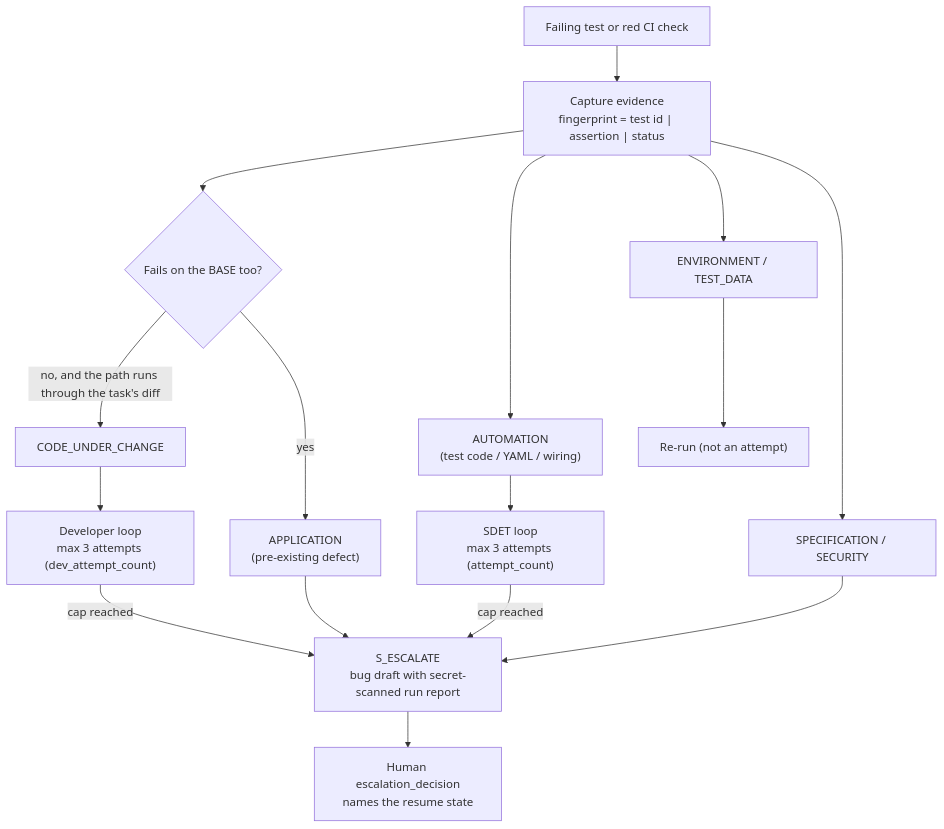
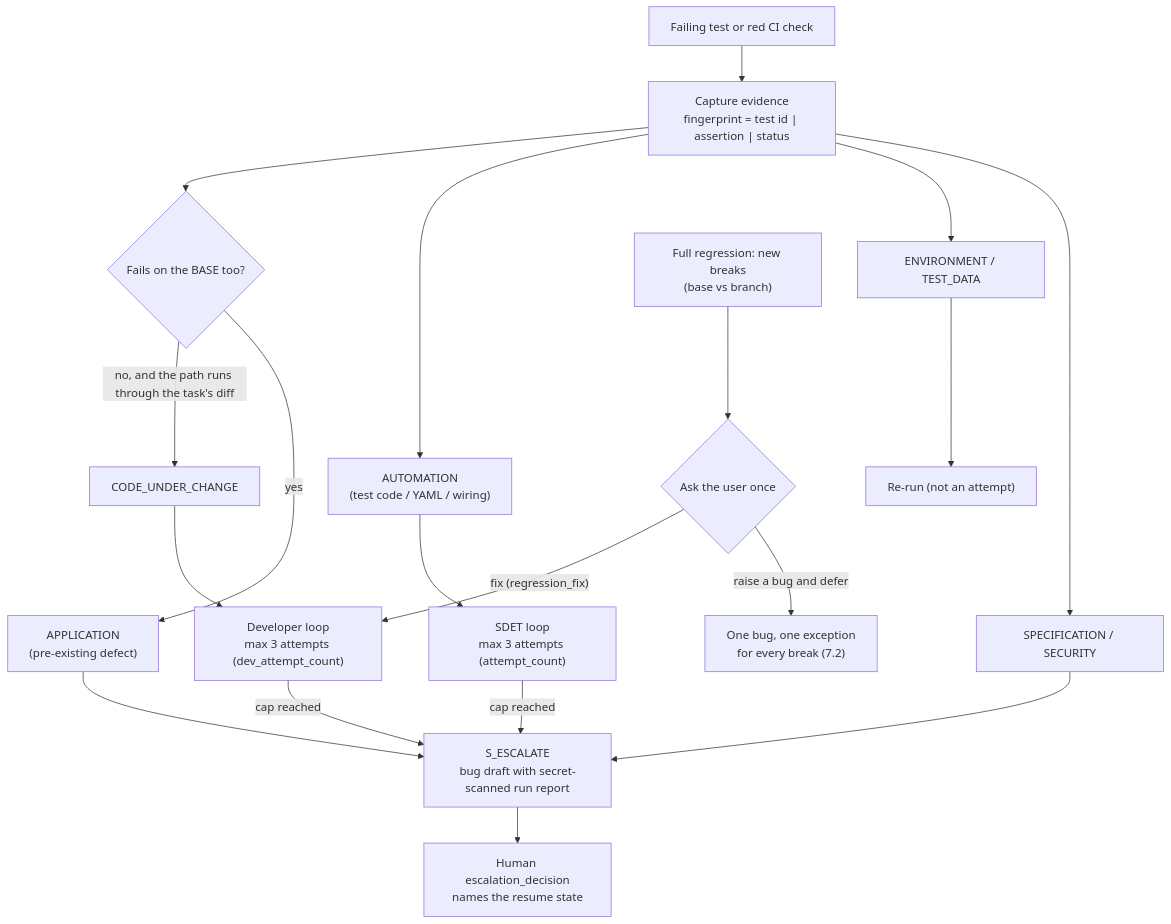
Before and after one commit to mohanachandran-s/mosip-labs: the tenth of 13 diagrams in crewline/README.md, drawn with Mermaid. The commit also changed other lines of this file, not shown here.

First line of the commit message:
crewline: README for 0.8.0 with flow diagrams

````diff
--- a/crewline/README.md
+++ b/crewline/README.md
@@ -590,18 +717,21 @@
 ```mermaid
 flowchart TB
     F["Failing test or red CI check"] --> FP["Capture evidence<br/>fingerprint = test id | assertion | status"]
     FP --> BASE{"Fails on the BASE too?"}
     BASE -->|"no, and the path runs through the task's diff"| CUC["CODE_UNDER_CHANGE"]
     BASE -->|"yes"| APP["APPLICATION<br/>(pre-existing defect)"]
     FP --> AUT["AUTOMATION<br/>(test code / YAML / wiring)"]
     FP --> ENV["ENVIRONMENT / TEST_DATA"]
     FP --> SPEC["SPECIFICATION / SECURITY"]
     CUC --> DL["Developer loop<br/>max 3 attempts (dev_attempt_count)"]
     AUT --> SL["SDET loop<br/>max 3 attempts (attempt_count)"]
     ENV --> RERUN["Re-run (not an attempt)"]
     APP --> ESC["S_ESCALATE<br/>bug draft with secret-scanned run report"]
     SPEC --> ESC
     DL -->|"cap reached"| ESC
     SL -->|"cap reached"| ESC
     ESC --> HD["Human escalation_decision<br/>names the resume state"]
+    REGB["Full regression: new breaks<br/>(base vs branch)"] --> ASK{"Ask the user once"}
+    ASK -->|"fix (regression_fix)"| DL
+    ASK -->|"raise a bug and defer"| DEFR["One bug, one exception<br/>for every break (7.2)"]
 ```
````
